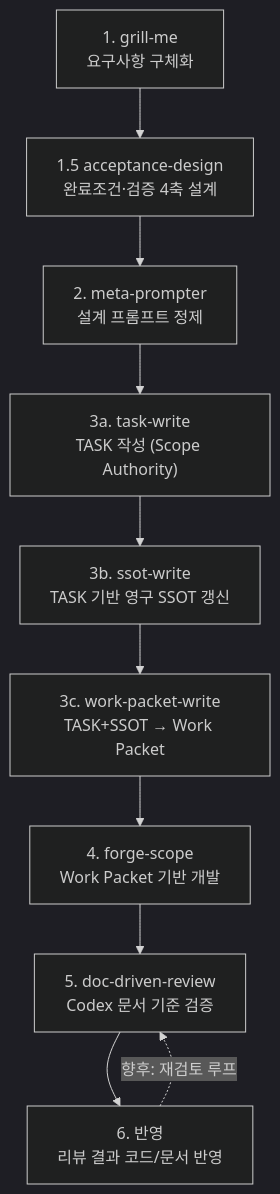
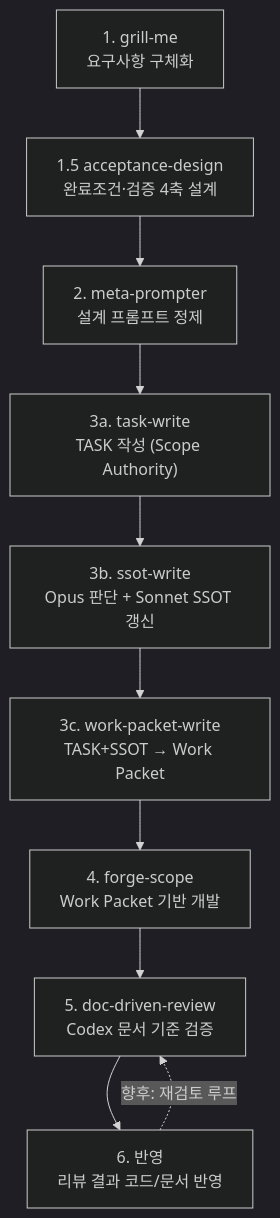
The diagram in docs/DEVELOPMENT_PIPELINE.md (JaeCheon8587/Claudecode-For-Me), drawn with Mermaid (dark theme) before and after one commit. The commit also changed other lines of this file and 17 other files, not shown here.

Commit message:
feat(ssot-write): 멀티 에이전트 오케스트레이션 전환 (plugin v3.11.0)

````diff
--- a/docs/DEVELOPMENT_PIPELINE.md
+++ b/docs/DEVELOPMENT_PIPELINE.md
@@ -29,12 +30,12 @@
 ```mermaid
 flowchart TD
     A["1. grill-me<br/>요구사항 구체화"] --> A2["1.5 acceptance-design<br/>완료조건·검증 4축 설계"]
     A2 --> B["2. meta-prompter<br/>설계 프롬프트 정제"]
     B --> C1["3a. task-write<br/>TASK 작성 (Scope Authority)"]
-    C1 --> C2["3b. ssot-write<br/>TASK 기반 영구 SSOT 갱신"]
+    C1 --> C2["3b. ssot-write<br/>Opus 판단 + Sonnet SSOT 갱신"]
     C2 --> C3["3c. work-packet-write<br/>TASK+SSOT → Work Packet"]
     C3 --> F["4. forge-scope<br/>Work Packet 기반 개발"]
     F --> G["5. doc-driven-review<br/>Codex 문서 기준 검증"]
     G --> H["6. 반영<br/>리뷰 결과 코드/문서 반영"]
     H -.->|향후: 재검토 루프| G
 ```
````
